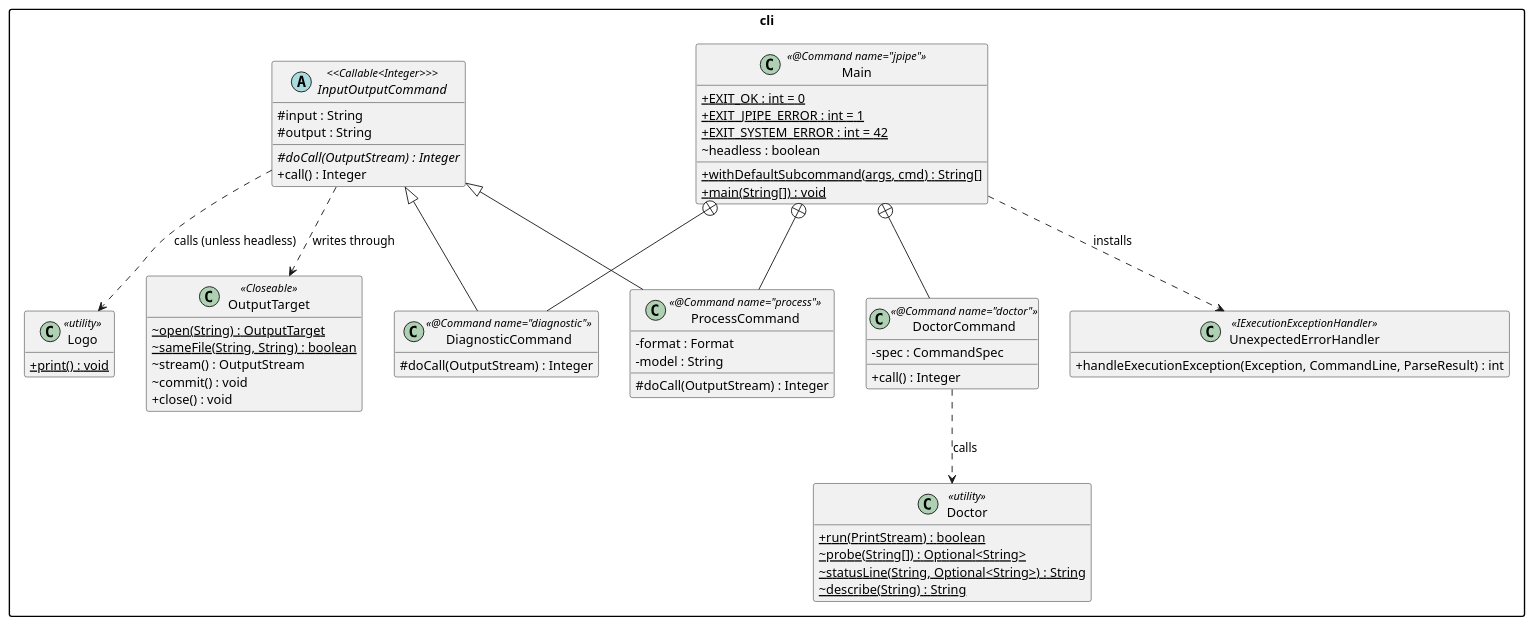
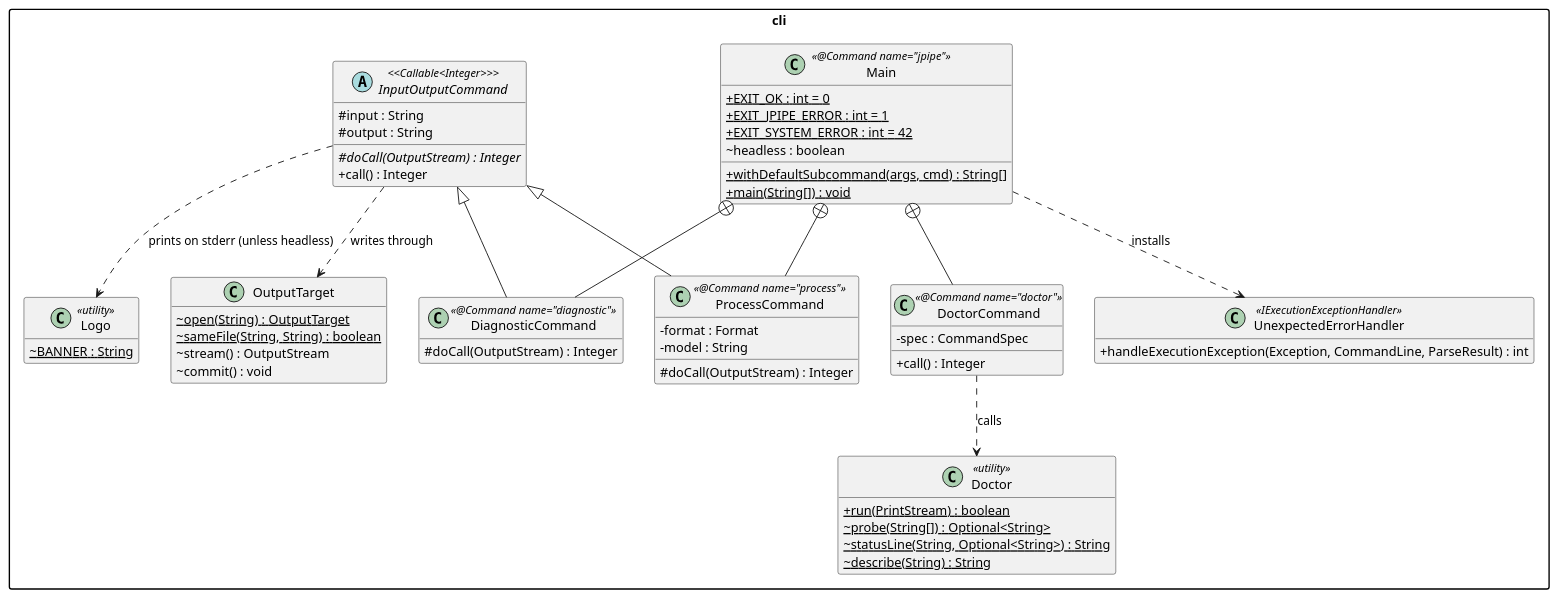
The diagram in docs/design/cli.md (jpipe-mcscert/jpipe-compiler), drawn with PlantUML before and after one commit. The commit also changed other lines of this file and 12 other files, not shown here.

````diff
--- a/docs/design/cli.md
+++ b/docs/design/cli.md
@@ -8,78 +8,77 @@
 ```plantuml
 @startuml cli
 
 skinparam packageStyle rectangle
 skinparam classAttributeIconSize 0
 hide empty members
 
 package "cli" {
 
   class Main <<@Command name="jpipe">> {
     + {static} EXIT_OK : int = 0
     + {static} EXIT_JPIPE_ERROR : int = 1
     + {static} EXIT_SYSTEM_ERROR : int = 42
     ~ headless : boolean
     + {static} withDefaultSubcommand(args, cmd) : String[]
     + {static} main(String[]) : void
   }
 
   abstract class InputOutputCommand <<Callable<Integer>>> {
     # input : String
     # output : String
     # {abstract} doCall(OutputStream) : Integer
     + call() : Integer
   }
 
-  class OutputTarget <<Closeable>> {
+  class OutputTarget {
     ~ {static} open(String) : OutputTarget
     ~ {static} sameFile(String, String) : boolean
     ~ stream() : OutputStream
     ~ commit() : void
-    + close() : void
   }
 
   class ProcessCommand <<@Command name="process">> {
     - format : Format
     - model : String
     # doCall(OutputStream) : Integer
   }
 
   class DiagnosticCommand <<@Command name="diagnostic">> {
     # doCall(OutputStream) : Integer
   }
 
   class DoctorCommand <<@Command name="doctor">> {
     - spec : CommandSpec
     + call() : Integer
   }
 
   class Doctor <<utility>> {
     + {static} run(PrintStream) : boolean
     ~ {static} probe(String[]) : Optional<String>
     ~ {static} statusLine(String, Optional<String>) : String
     ~ {static} describe(String) : String
   }
 
   class Logo <<utility>> {
-    + {static} print() : void
+    ~ {static} BANNER : String
   }
 
   InputOutputCommand <|-- ProcessCommand
   InputOutputCommand <|-- DiagnosticCommand
 
   Main +-- ProcessCommand
   Main +-- DiagnosticCommand
   Main +-- DoctorCommand
 
   DoctorCommand ..> Doctor : calls
   class UnexpectedErrorHandler <<IExecutionExceptionHandler>> {
     + handleExecutionException(Exception, CommandLine, ParseResult) : int
   }
 
-  InputOutputCommand ..> Logo : calls (unless headless)
+  InputOutputCommand ..> Logo : prints on stderr (unless headless)
   InputOutputCommand ..> OutputTarget : writes through
   Main ..> UnexpectedErrorHandler : installs
 }
 
 @enduml
 ```
````
